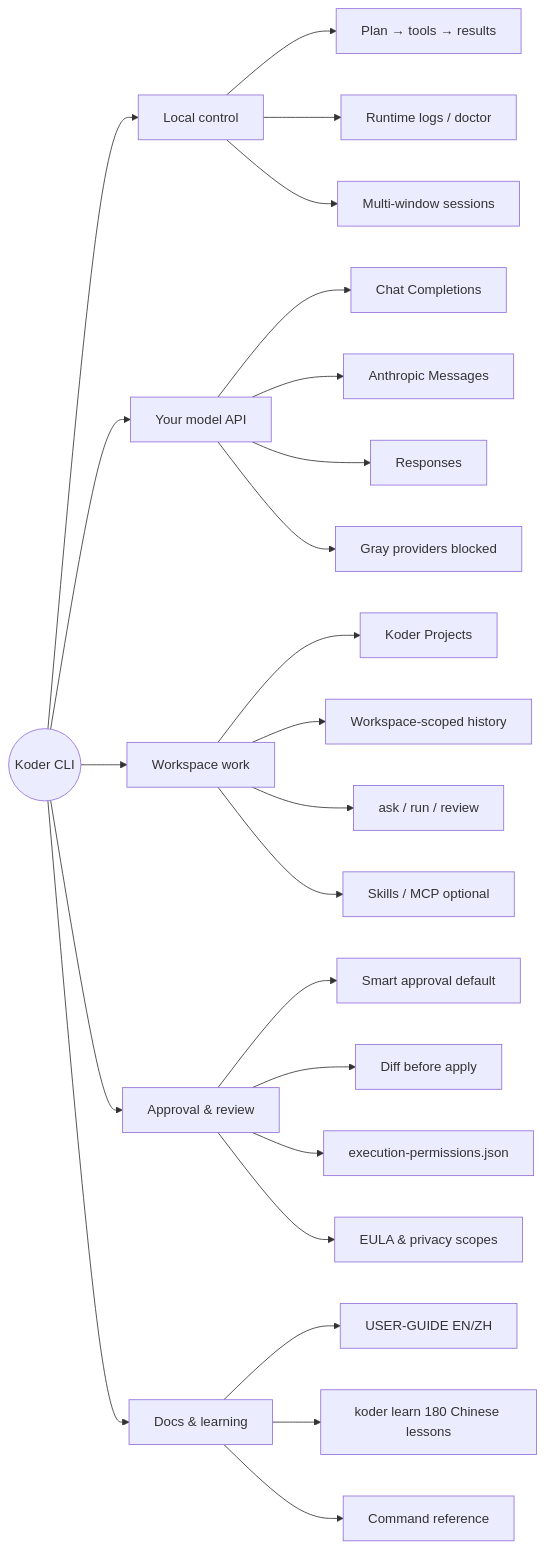
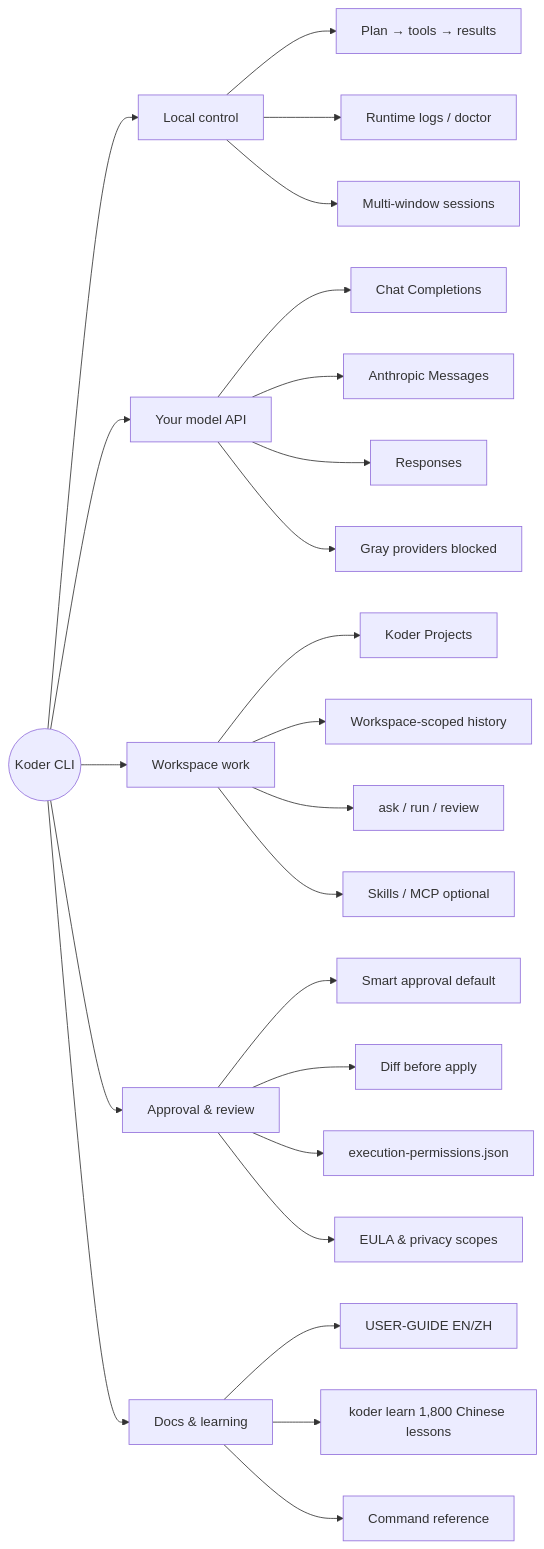
The second of 3 diagrams in README.md (KarmenLoop/koder-cli), drawn with Mermaid before and after one commit. The commit also changed other lines of this file and 1900 other files, not shown here.

````diff
--- a/README.md
+++ b/README.md
@@ -111,32 +111,32 @@
 ```mermaid
 flowchart LR
   root((Koder CLI))
   root --> local[Local control]
   root --> model[Your model API]
   root --> work[Workspace work]
   root --> safety[Approval & review]
   root --> docs[Docs & learning]
 
   local --> L1[Plan → tools → results]
   local --> L2[Runtime logs / doctor]
   local --> L3[Multi-window sessions]
 
   model --> M1[Chat Completions]
   model --> M2[Anthropic Messages]
   model --> M3[Responses]
   model --> M4[Gray providers blocked]
 
   work --> W1[Koder Projects]
   work --> W2[Workspace-scoped history]
   work --> W3[ask / run / review]
   work --> W4[Skills / MCP optional]
 
   safety --> S1[Smart approval default]
   safety --> S2[Diff before apply]
   safety --> S3[execution-permissions.json]
   safety --> S4[EULA & privacy scopes]
 
   docs --> D1[USER-GUIDE EN/ZH]
-  docs --> D2[koder learn 180 Chinese lessons]
+  docs --> D2[koder learn 1,800 Chinese lessons]
   docs --> D3[Command reference]
 ```
````
